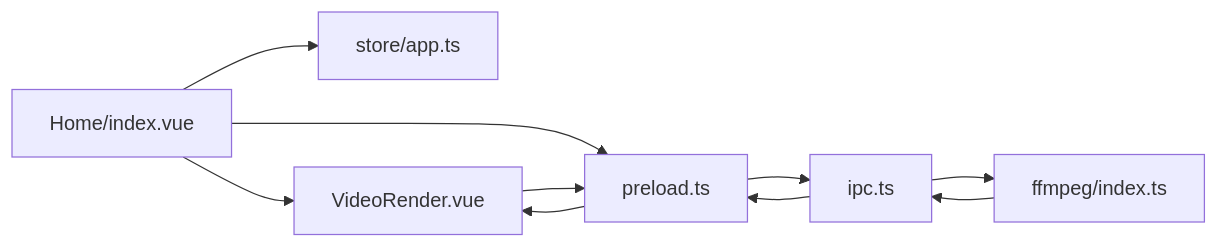
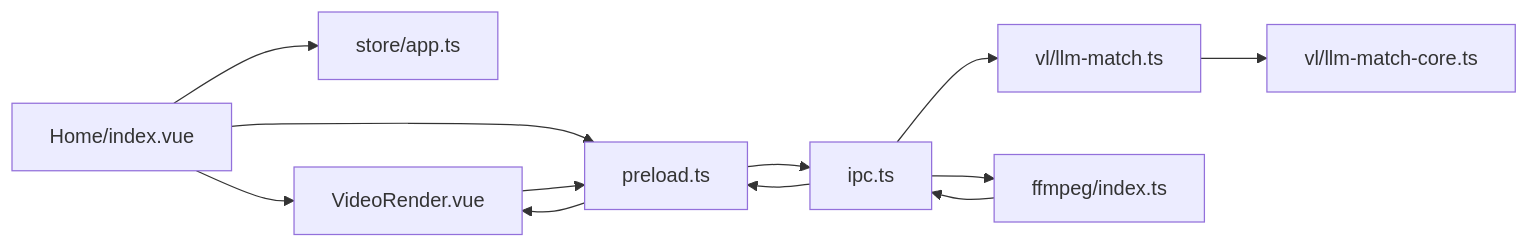
The third of 3 diagrams in .qoder/repowiki/zh/content/UI组件系统/视频渲染组件.md (torans/crow.video), drawn with Mermaid before and after one commit. The commit also changed other lines of this file and 35 other files, not shown here.

````diff
--- a/.qoder/repowiki/zh/content/UI组件系统/视频渲染组件.md
+++ b/.qoder/repowiki/zh/content/UI组件系统/视频渲染组件.md
@@ -258,12 +339,14 @@
 ```mermaid
 graph LR
 UI["VideoRender.vue"] --> Preload["preload.ts"]
 Preload --> IPC["ipc.ts"]
+IPC --> LLM["vl/llm-match.ts"]
+LLM --> Core["vl/llm-match-core.ts"]
 IPC --> FF["ffmpeg/index.ts"]
 FF --> IPC
 IPC --> Preload
 Preload --> UI
 Home["Home/index.vue"] --> Store["store/app.ts"]
 Home --> Preload
 Home --> UI
 ```
````
